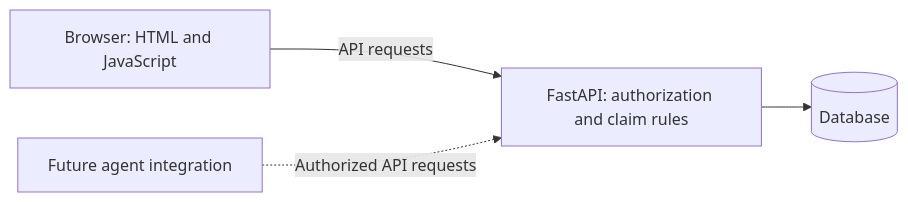
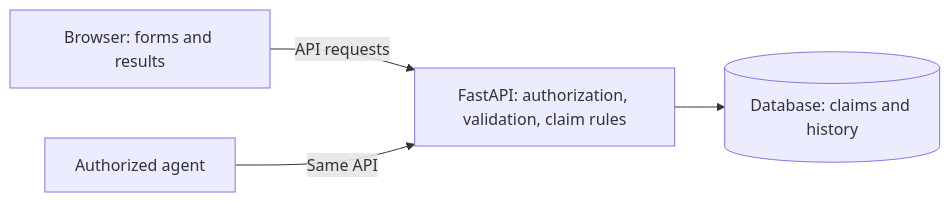
One commit to aandino-zava/zava-health-claims-portal changed the first of 2 diagrams in docs/ARCHITECTURE.md. Above: the diagram before and after it, drawn with Mermaid. The commit also changed other lines of this file and 9 other files, not shown here.

````diff
--- a/docs/ARCHITECTURE.md
+++ b/docs/ARCHITECTURE.md
@@ -7,6 +7,6 @@
 ```mermaid
 flowchart LR
-  Browser[Browser: HTML and JavaScript] -->|API requests| App[FastAPI: authorization and claim rules]
-  App --> DB[(Database)]
-  Future[Future agent integration] -.->|Authorized API requests| App
+  Browser[Browser: forms and results] -->|API requests| App[FastAPI: authorization, validation, claim rules]
+  Agent[Authorized agent] -->|Same API| App
+  App --> DB[(Database: claims and history)]
 ```
````
